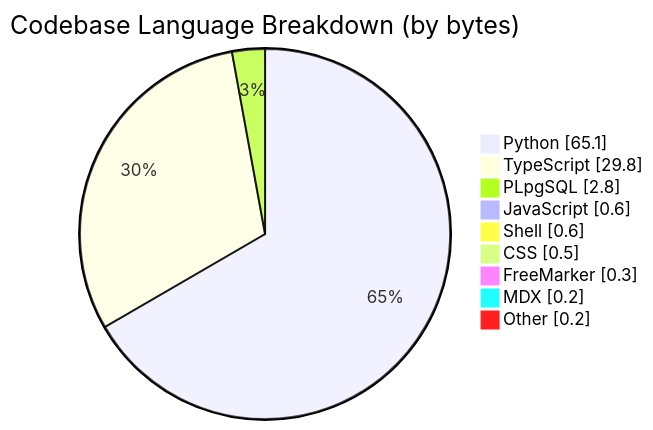
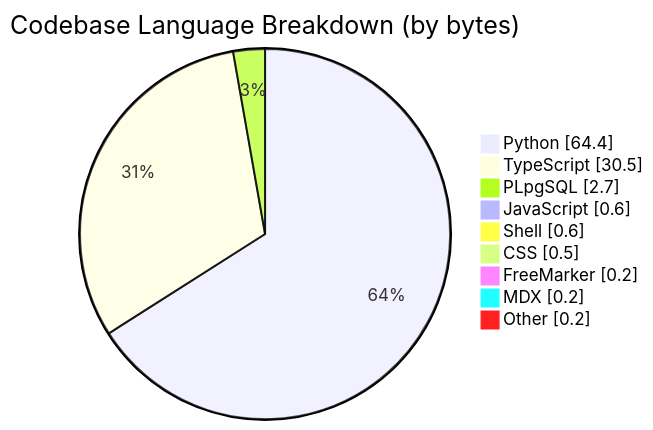
One commit to CSTH-Projects/.github changed the third of 4 diagrams in profile/README.md. Above: the diagram before and after it, drawn with Mermaid. The commit also changed other lines of this file, not shown here.

````diff
--- a/profile/README.md
+++ b/profile/README.md
@@ -63,13 +63,13 @@
 ```mermaid
 pie showData
     title Codebase Language Breakdown (by bytes)
-    "Python" : 65.1
-    "TypeScript" : 29.8
-    "PLpgSQL" : 2.8
+    "Python" : 64.4
+    "TypeScript" : 30.5
+    "PLpgSQL" : 2.7
     "JavaScript" : 0.6
     "Shell" : 0.6
     "CSS" : 0.5
-    "FreeMarker" : 0.3
+    "FreeMarker" : 0.2
     "MDX" : 0.2
     "Other" : 0.2
 ```
````
